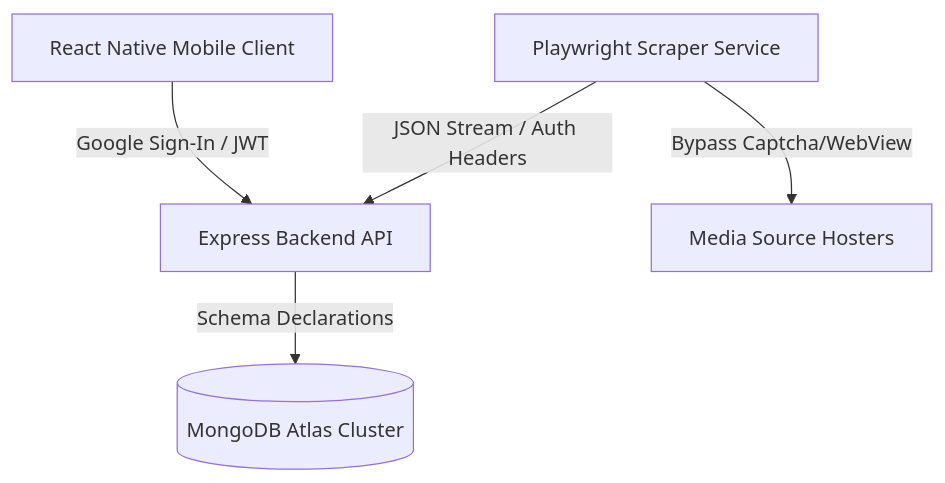
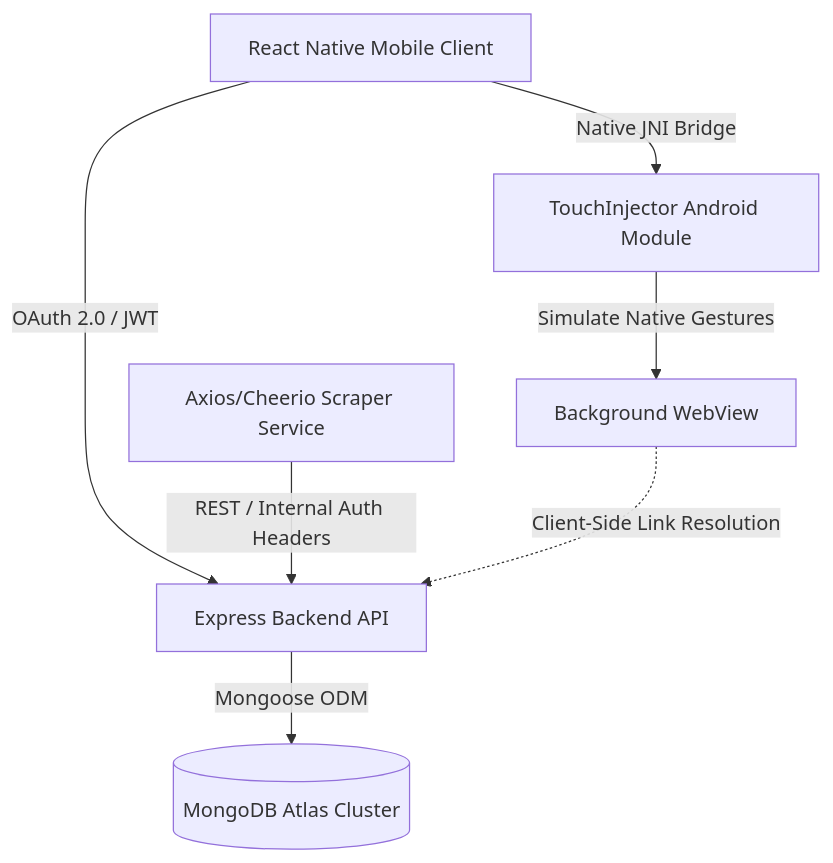
One commit to Bedirhan3428/clofthel-backend changed the first of 2 diagrams in README.md. Above: the diagram before and after it, drawn with Mermaid. The commit also changed other lines of this file, not shown here.

````diff
--- a/README.md
+++ b/README.md
@@ -9,7 +11,9 @@
 ```mermaid
 graph TD
-    A[React Native Mobile Client] -->|Google Sign-In / JWT| B[Express Backend API]
-    C[Playwright Scraper Service] -->|JSON Stream / Auth Headers| B
-    B -->|Schema Declarations| D[(MongoDB Atlas Cluster)]
-    C -->|Bypass Captcha/WebView| E[Media Source Hosters]
+    A[React Native Mobile Client] -->|OAuth 2.0 / JWT| B[Express Backend API]
+    A -->|Native JNI Bridge| F[TouchInjector Android Module]
+    F -->|Simulate Native Gestures| G[Background WebView]
+    C[Axios/Cheerio Scraper Service] -->|REST / Internal Auth Headers| B
+    B -->|Mongoose ODM| D[(MongoDB Atlas Cluster)]
+    G -.->|Client-Side Link Resolution| B
 ```
````
